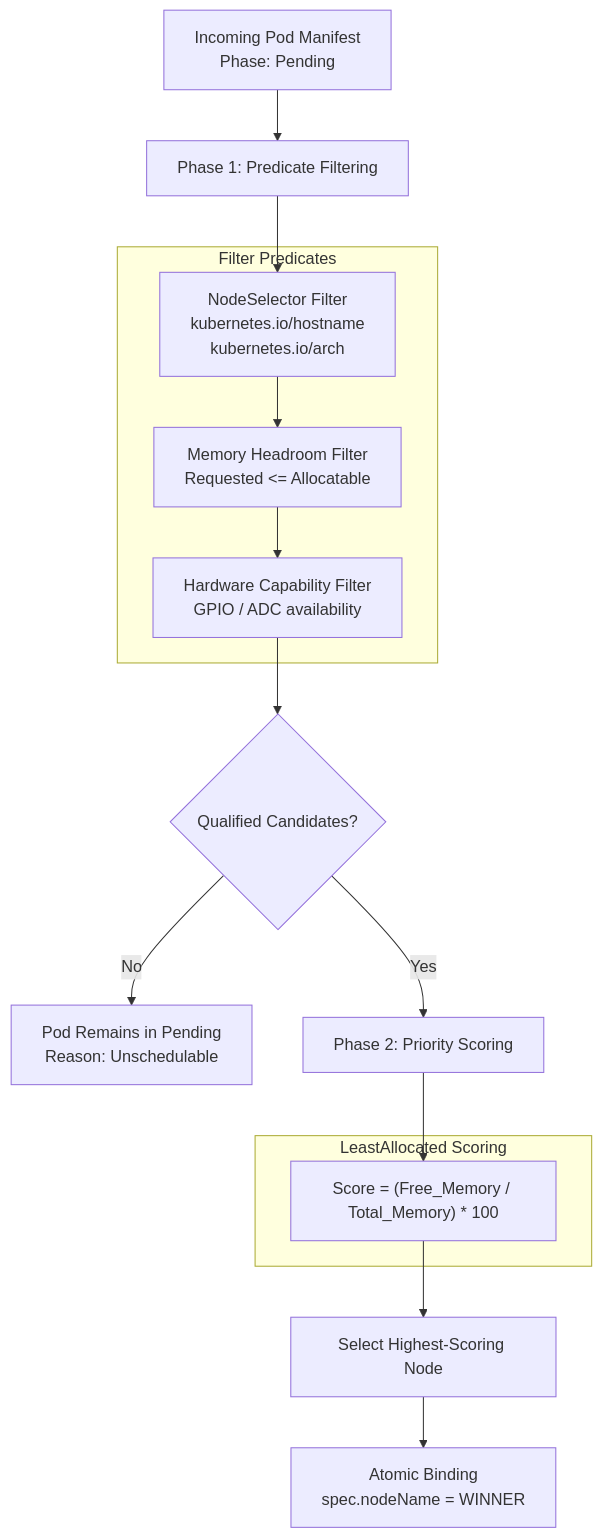
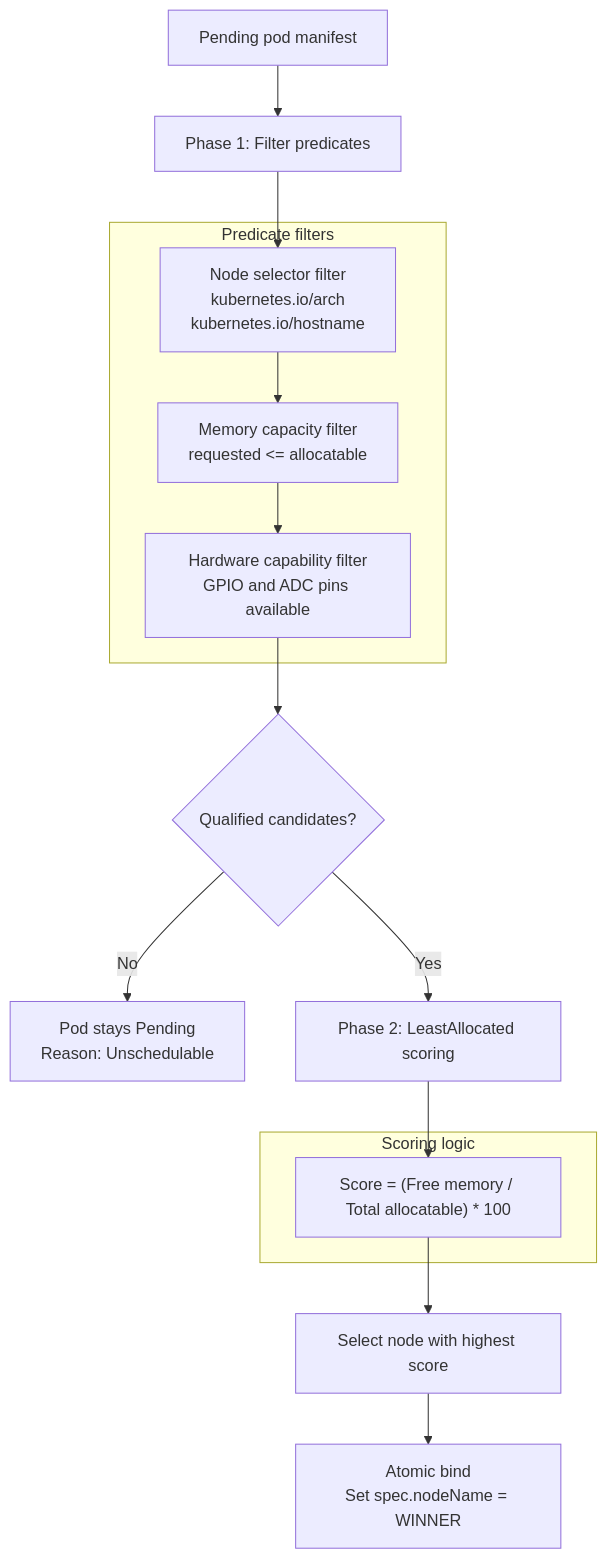
One commit to arterialist/kube32 changed the diagram in docs/architecture/scheduler.md. Above: the diagram before and after it, drawn with Mermaid. The commit also changed other lines of this file and 16 other files, not shown here.

````diff
--- a/docs/architecture/scheduler.md
+++ b/docs/architecture/scheduler.md
@@ -15,26 +17,26 @@
 ```mermaid
 graph TD
-    POD["Incoming Pod Manifest<br/>Phase: Pending"] --> PRED["Phase 1: Predicate Filtering"]
+    POD["Pending pod manifest"] --> PRED["Phase 1: Filter predicates"]
 
-    subgraph Filters["Filter Predicates"]
-        F1["NodeSelector Filter<br/>kubernetes.io/hostname<br/>kubernetes.io/arch"]
-        F2["Memory Headroom Filter<br/>Requested <= Allocatable"]
-        F3["Hardware Capability Filter<br/>GPIO / ADC availability"]
+    subgraph Filters["Predicate filters"]
+        F1["Node selector filter<br/>kubernetes.io/arch<br/>kubernetes.io/hostname"]
+        F2["Memory capacity filter<br/>requested <= allocatable"]
+        F3["Hardware capability filter<br/>GPIO and ADC pins available"]
     end
 
     PRED --> F1
     F1 --> F2
     F2 --> F3
 
-    F3 --> CANDIDATES{"Qualified Candidates?"}
-    CANDIDATES -->|No| REJECT["Pod Remains in Pending<br/>Reason: Unschedulable"]
-    CANDIDATES -->|Yes| SCORE["Phase 2: Priority Scoring"]
+    F3 --> CANDIDATES{"Qualified candidates?"}
+    CANDIDATES -->|No| REJECT["Pod stays Pending<br/>Reason: Unschedulable"]
+    CANDIDATES -->|Yes| SCORE["Phase 2: LeastAllocated scoring"]
 
-    subgraph Scoring["LeastAllocated Scoring"]
-        S1["Score = (Free_Memory / Total_Memory) * 100"]
+    subgraph Scoring["Scoring logic"]
+        S1["Score = (Free memory / Total allocatable) * 100"]
     end
 
     SCORE --> S1
-    S1 --> WINNER["Select Highest-Scoring Node"]
-    WINNER --> BIND["Atomic Binding<br/>spec.nodeName = WINNER"]
+    S1 --> WINNER["Select node with highest score"]
+    WINNER --> BIND["Atomic bind<br/>Set spec.nodeName = WINNER"]
 ```
````
